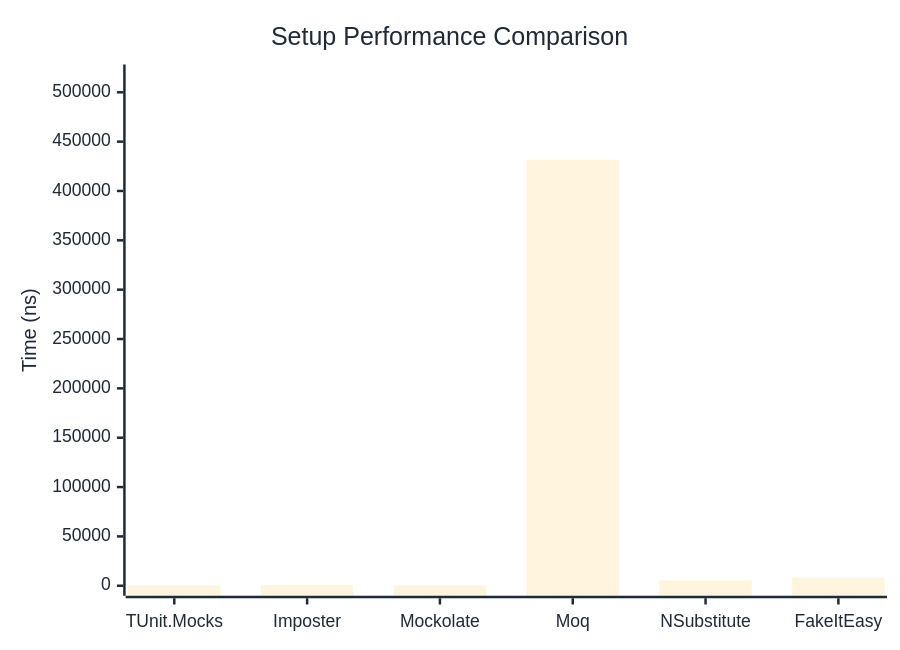
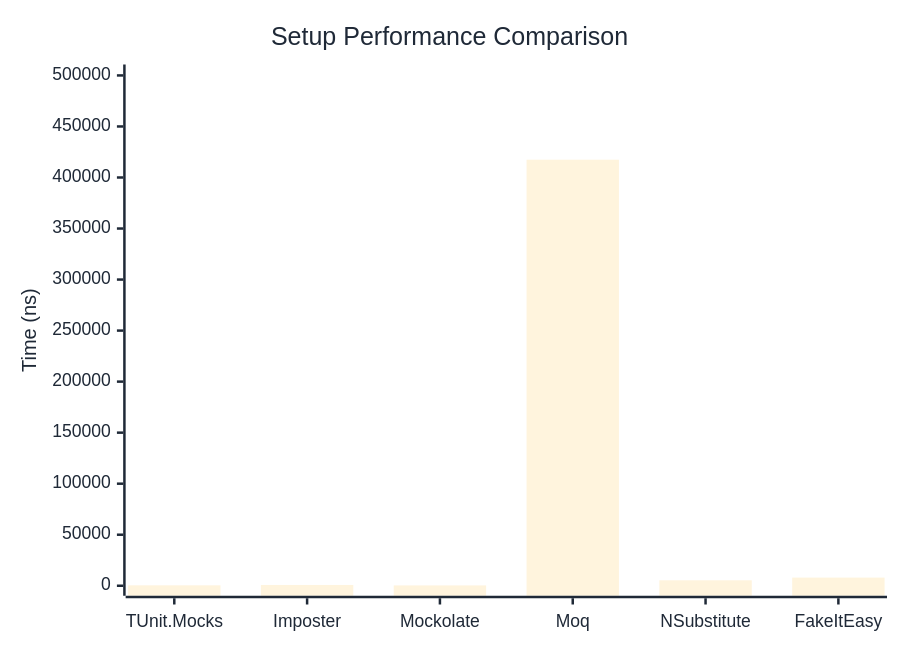
The first of 2 diagrams in docs/docs/benchmarks/mocks/Setup.md (thomhurst/TUnit), drawn with Mermaid before and after one commit. The commit also changed other lines of this file and 14 other files, not shown here.

````diff
--- a/docs/docs/benchmarks/mocks/Setup.md
+++ b/docs/docs/benchmarks/mocks/Setup.md
@@ -28,27 +28,27 @@
 ```mermaid
 %%{init: {
   'theme':'base',
   'themeVariables': {
     'primaryColor': '#2563eb',
     'primaryTextColor': '#1f2937',
     'primaryBorderColor': '#1e40af',
     'lineColor': '#6b7280',
     'secondaryColor': '#7c3aed',
     'tertiaryColor': '#dc2626',
     'background': '#ffffff',
     'pie1': '#2563eb',
     'pie2': '#7c3aed',
     'pie3': '#dc2626',
     'pie4': '#f59e0b',
     'pie5': '#10b981',
     'pie6': '#06b6d4',
     'pie7': '#ec4899',
     'pie8': '#6366f1'
   }
 }}%%
 xychart-beta
   title "Setup Performance Comparison"
   x-axis ["TUnit.Mocks", "Imposter", "Mockolate", "Moq", "NSubstitute", "FakeItEasy"]
-  y-axis "Time (ns)" 0 --> 518014
-  bar [419.2, 797.4, 348.4, 431677.7, 5403.2, 8126.2]
+  y-axis "Time (ns)" 0 --> 500916
+  bar [415.6, 780.7, 331.7, 417430, 5338.7, 7984.6]
 ```
````
